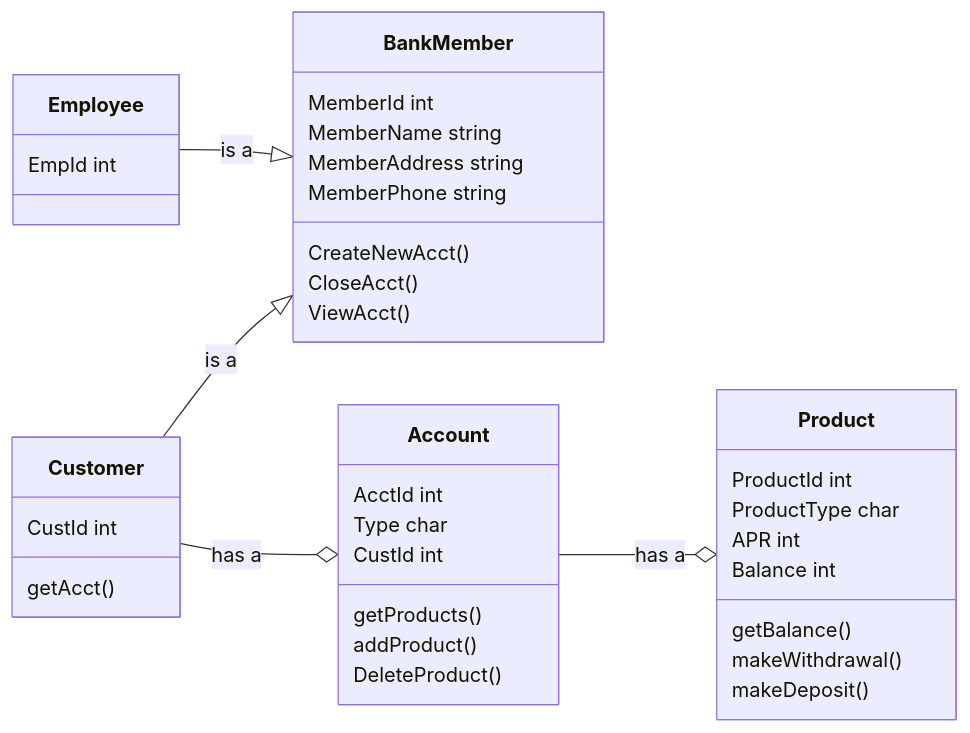
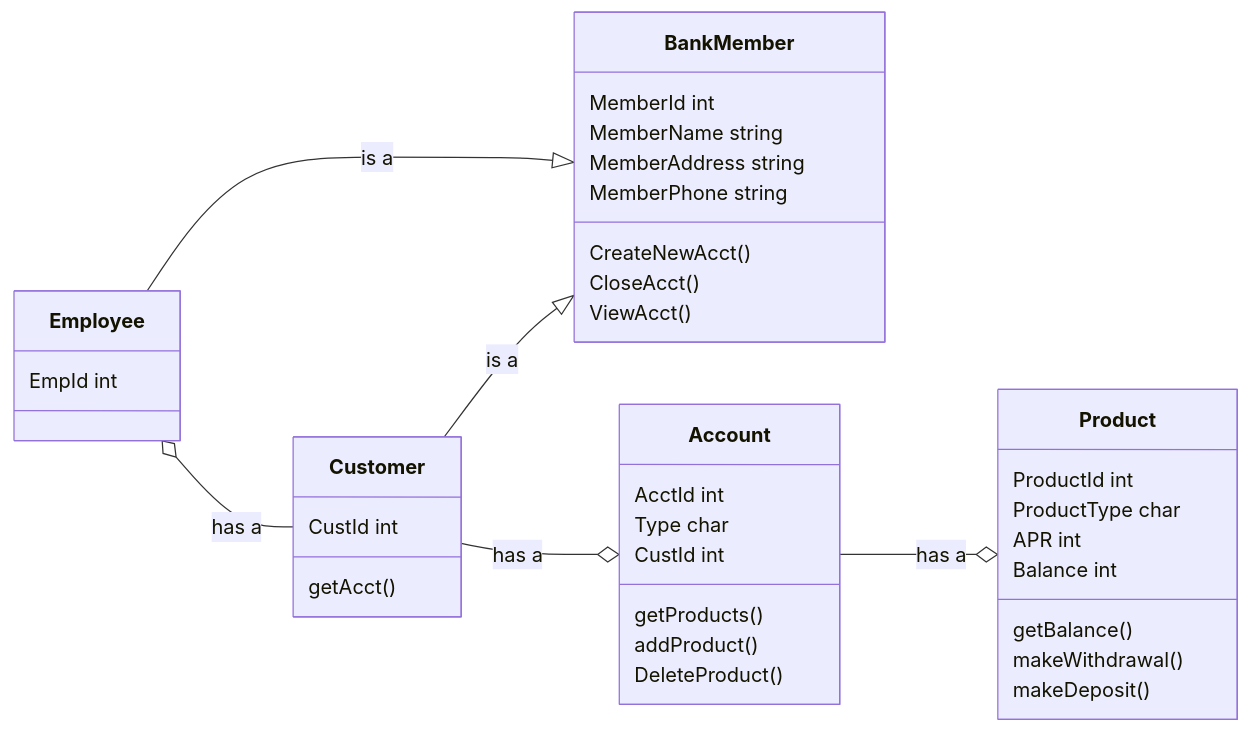
Before and after one commit to Marcus-Snell/Test: the diagram in mermaid.md, drawn with Mermaid.

````diff
--- a/mermaid.md
+++ b/mermaid.md
@@ -1,37 +1,38 @@
 ```mermaid
 classDiagram
 direction LR
 BankMember
 BankMember : MemberId int
 BankMember : MemberName string
 BankMember : MemberAddress string
 BankMember : MemberPhone string
 BankMember : CreateNewAcct()
 BankMember: CloseAcct()
 BankMember : ViewAcct()
 
 Employee --|> BankMember : is a
+Employee o-- Customer : has a
 Employee : EmpId int
 
 Customer --|> BankMember : is a
 Customer --o Account : has a
 Customer : CustId int
 Customer : getAcct()
 
 Account --o Product : has a
 Account : AcctId int
 Account : Type char
 Account : CustId int
 Account : getProducts()
 Account : addProduct()
 Account : DeleteProduct()
 
 Product : ProductId int
 Product : ProductType char
 Product : APR int
 Product : Balance int
 Product : getBalance()
 Product : makeWithdrawal()
 Product : makeDeposit()
 
 ```
````
